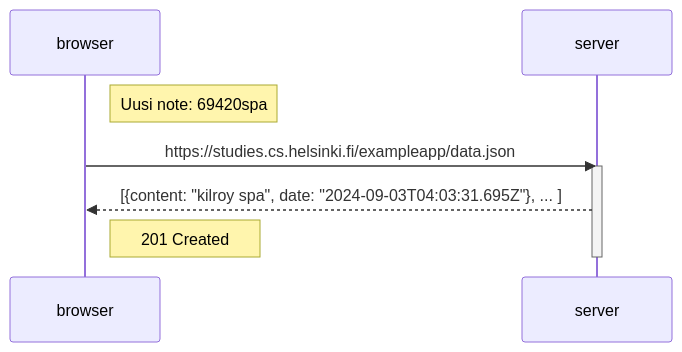
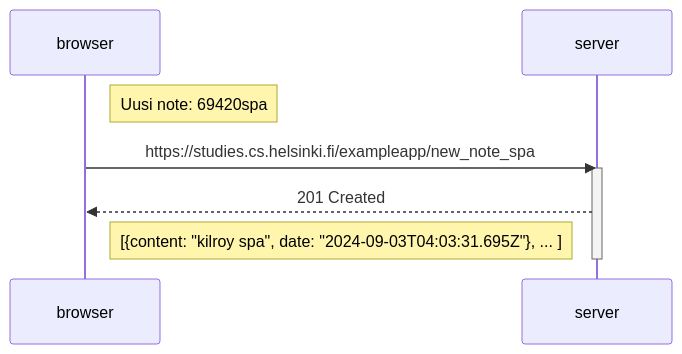
The diagram in osa0/0_6.md (Seakorv/FullStackOpen), drawn with Mermaid before and after one commit.

````diff
--- a/osa0/0_6.md
+++ b/osa0/0_6.md
@@ -1,14 +1,14 @@
 ```mermaid
 sequenceDiagram
     participant browser
     participant server
 
     Note right of browser: Uusi note: 69420spa
     
-    browser->>server: https://studies.cs.helsinki.fi/exampleapp/data.json
+    browser->>server: https://studies.cs.helsinki.fi/exampleapp/new_note_spa
     activate server
-    server-->>browser: [{content: "kilroy spa", date: "2024-09-03T04:03:31.695Z"}, ... ]
-    Note right of browser: 201 Created 
+    server-->>browser: 201 Created
+    Note right of browser: [{content: "kilroy spa", date: "2024-09-03T04:03:31.695Z"}, ... ]
     deactivate server    
 
 ```
````
